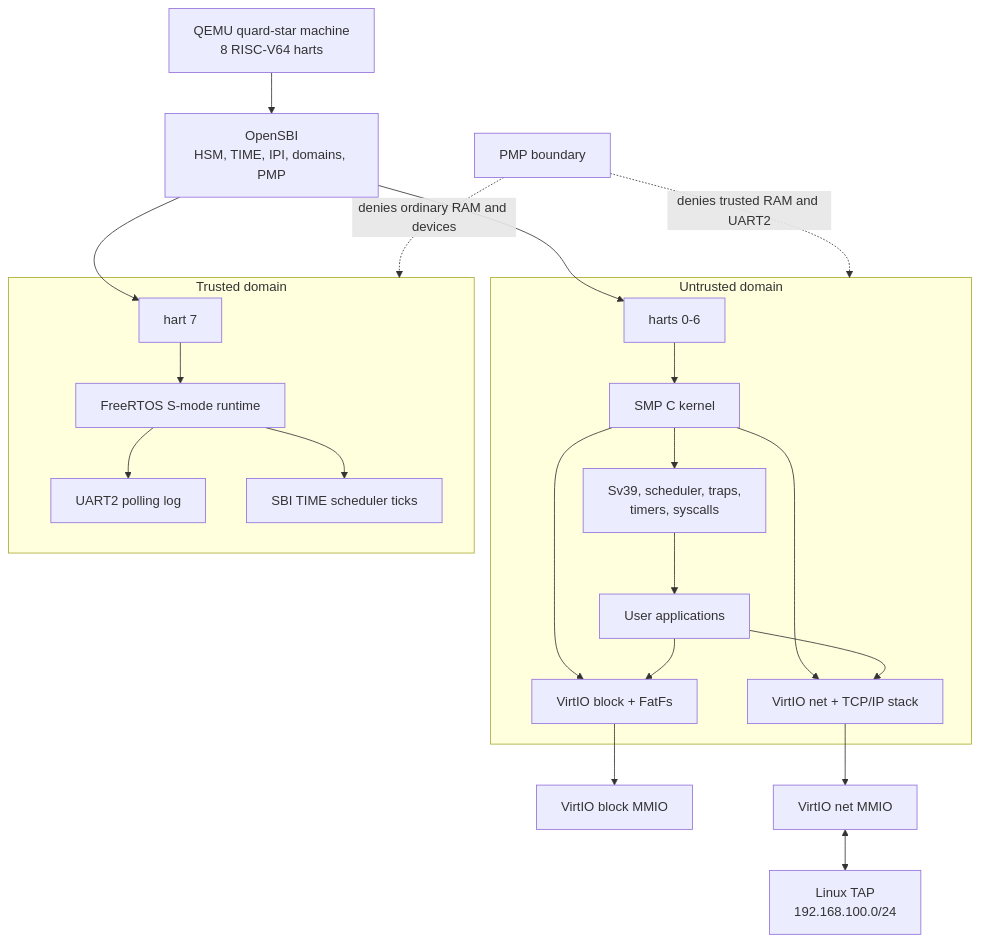
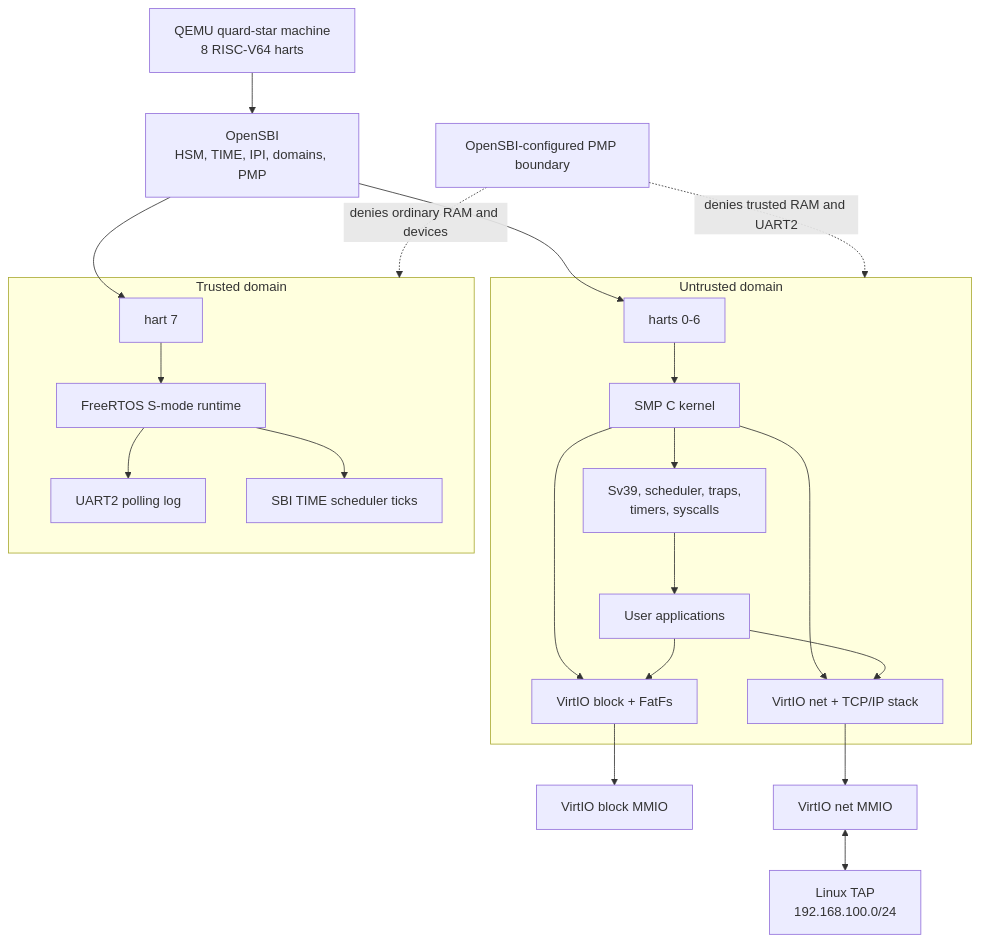
The first of 7 diagrams in README.md (Quchaosheng/quard-star-riscv64-net), drawn with Mermaid before and after one commit. The commit also changed other lines of this file and 10 other files, not shown here.

````diff
--- a/README.md
+++ b/README.md
@@ -60,29 +68,29 @@
 ```mermaid
 flowchart TB
     QEMU["QEMU quard-star machine<br/>8 RISC-V64 harts"] --> SBI["OpenSBI<br/>HSM, TIME, IPI, domains, PMP"]
 
     subgraph UNTRUSTED["Untrusted domain"]
         HARTS["harts 0-6"] --> KERNEL["SMP C kernel"]
         KERNEL --> CORE["Sv39, scheduler, traps,<br/>timers, syscalls"]
         KERNEL --> STORAGE["VirtIO block + FatFs"]
         KERNEL --> NET["VirtIO net + TCP/IP stack"]
         CORE --> APPS["User applications"]
         APPS --> NET
         APPS --> STORAGE
     end
 
     subgraph TRUSTED["Trusted domain"]
         HART7["hart 7"] --> RTOS["FreeRTOS S-mode runtime"]
         RTOS --> TUART["UART2 polling log"]
         RTOS --> TTIME["SBI TIME scheduler ticks"]
     end
 
     SBI --> HARTS
     SBI --> HART7
     STORAGE --> VBLK["VirtIO block MMIO"]
     NET --> VNET["VirtIO net MMIO"]
     VNET <--> TAP["Linux TAP<br/>192.168.100.0/24"]
 
-    PMP["PMP boundary"] -. "denies trusted RAM and UART2" .-> UNTRUSTED
+    PMP["OpenSBI-configured PMP boundary"] -. "denies trusted RAM and UART2" .-> UNTRUSTED
     PMP -. "denies ordinary RAM and devices" .-> TRUSTED
 ```
````
